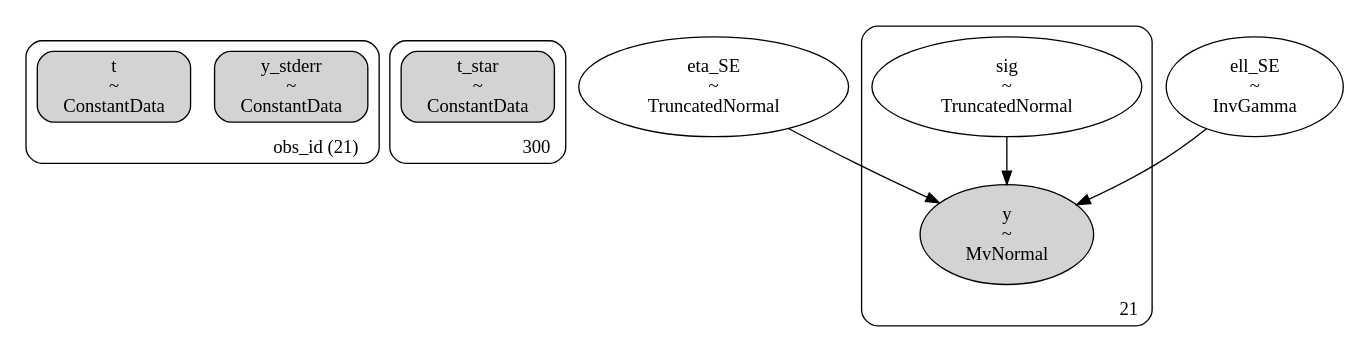
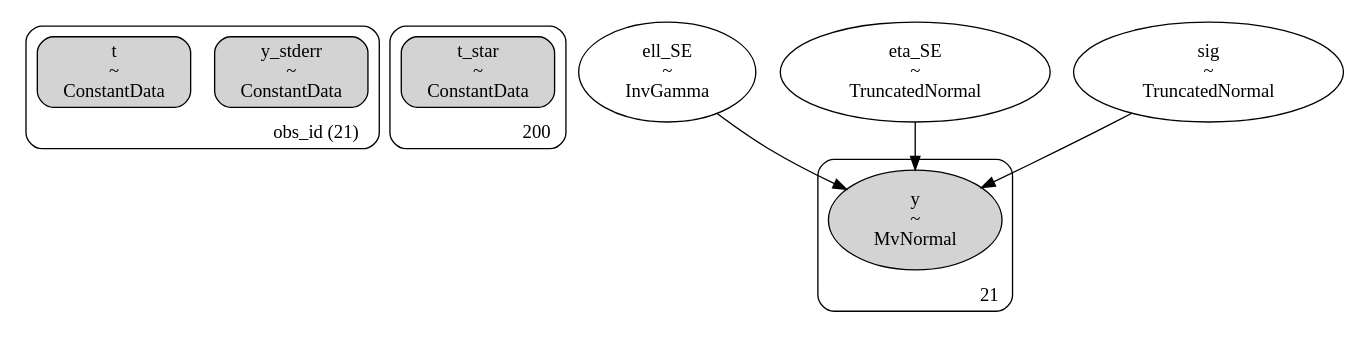
Before and after one commit to shihchingfu/gp-sandbox-thunderkat: the diagram in dags/428_ra236.530_dec-46.922_4U1543TraPDB_andersson_se0_dag.dot, drawn with Graphviz. The commit also changed 13 other files, not shown here.

```diff
--- a/dags/428_ra236.530_dec-46.922_4U1543TraPDB_andersson_se0_dag.dot
+++ b/dags/428_ra236.530_dec-46.922_4U1543TraPDB_andersson_se0_dag.dot
@@ -1,35 +1,35 @@
 digraph {
 	subgraph "clusterobs_id (21)" {
 		y_stderr [label="y_stderr
 ~
 ConstantData" shape=box style="rounded, filled"]
 		t [label="t
 ~
 ConstantData" shape=box style="rounded, filled"]
 		label="obs_id (21)" labeljust=r labelloc=b style=rounded
 	}
-	subgraph cluster300 {
+	subgraph cluster200 {
 		t_star [label="t_star
 ~
 ConstantData" shape=box style="rounded, filled"]
-		label=300 labeljust=r labelloc=b style=rounded
+		label=200 labeljust=r labelloc=b style=rounded
 	}
+	ell_SE [label="ell_SE
+~
+InvGamma" shape=ellipse]
 	eta_SE [label="eta_SE
 ~
 TruncatedNormal" shape=ellipse]
-	ell_SE [label="ell_SE
-~
-InvGamma" shape=ellipse]
-	subgraph cluster21 {
-		sig [label="sig
+	sig [label="sig
 ~
 TruncatedNormal" shape=ellipse]
+	subgraph cluster21 {
 		y [label="y
 ~
 MvNormal" shape=ellipse style=filled]
 		label=21 labeljust=r labelloc=b style=rounded
 	}
+	ell_SE -> y
 	eta_SE -> y
 	sig -> y
-	ell_SE -> y
 }
```
